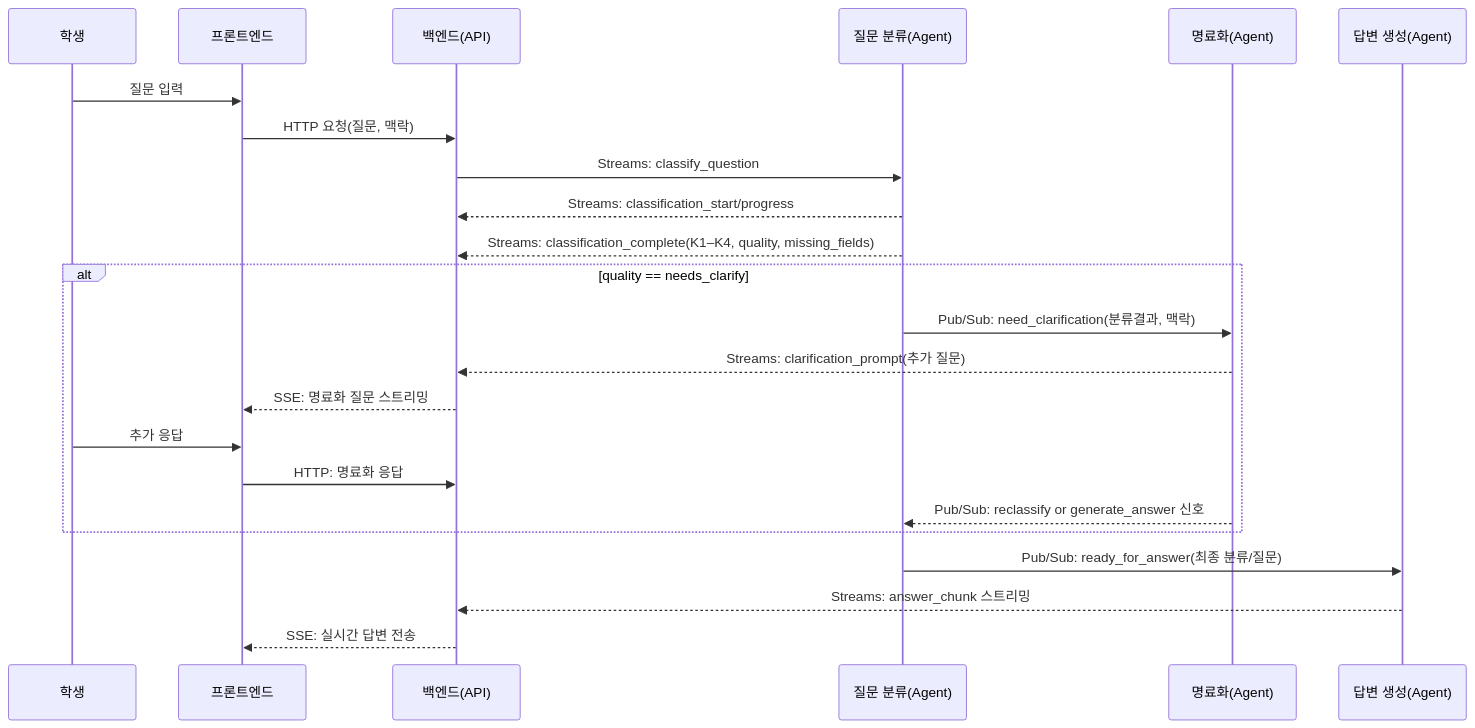
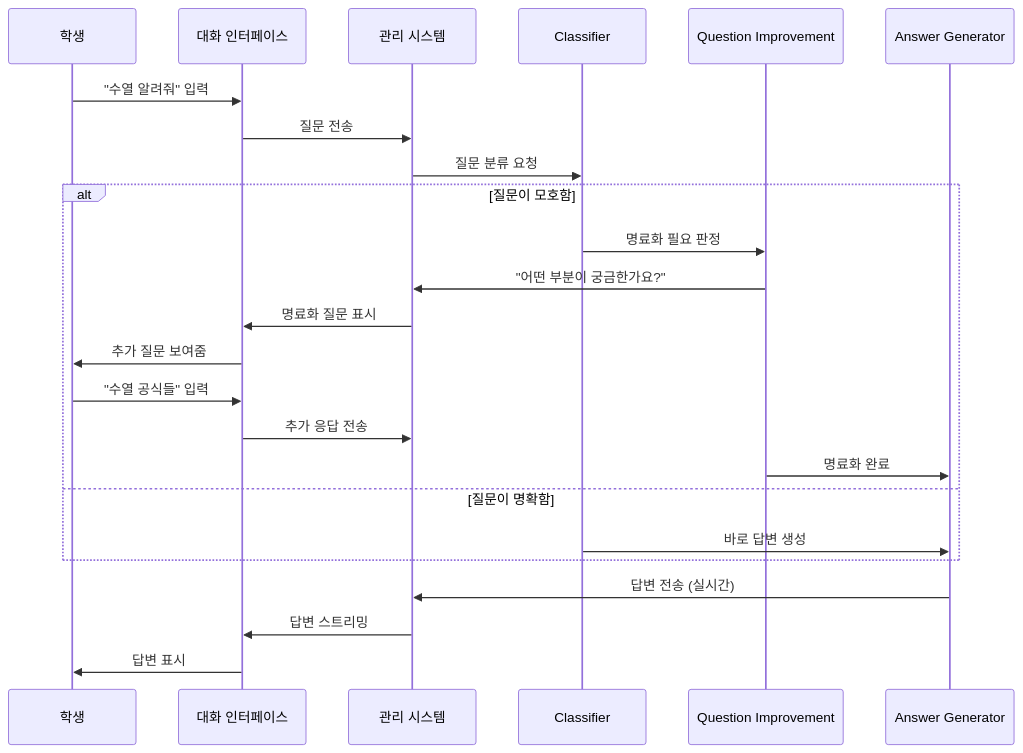
One commit to KimKyuBong/maice-paper-deploy changed the third of 7 diagrams in docs/chapters/03-system-design.md. Above: the diagram before and after it, drawn with Mermaid. The commit also changed other lines of this file, not shown here.

First line of the commit message:
docs: 3장 시스템 설계 몰입형 구조로 재구성

````diff
--- a/docs/chapters/03-system-design.md
+++ b/docs/chapters/03-system-design.md
@@ -123,26 +153,29 @@
 ```mermaid
 sequenceDiagram
-  participant U as 학생
-  participant FE as 프론트엔드
-  participant BE as 백엔드(API)
-  participant QS as 질문 분류(Agent)
-  participant QI as 명료화(Agent)
-  participant AN as 답변 생성(Agent)
-
-  U->>FE: 질문 입력
-  FE->>BE: HTTP 요청(질문, 맥락)
-  BE->>QS: Streams: classify_question
-  QS-->>BE: Streams: classification_start/progress
-  QS-->>BE: Streams: classification_complete(K1–K4, quality, missing_fields)
-  alt quality == needs_clarify
-    QS->>QI: Pub/Sub: need_clarification(분류결과, 맥락)
-    QI-->>BE: Streams: clarification_prompt(추가 질문)
-    BE-->>FE: SSE: 명료화 질문 스트리밍
-    U->>FE: 추가 응답
-    FE->>BE: HTTP: 명료화 응답
-    QI-->>QS: Pub/Sub: reclassify or generate_answer 신호
-  end
-  QS->>AN: Pub/Sub: ready_for_answer(최종 분류/질문)
-  AN-->>BE: Streams: answer_chunk 스트리밍
-  BE-->>FE: SSE: 실시간 답변 전송
+    participant 학생
+    participant 대화화면 as 대화 인터페이스
+    participant 관리 as 관리 시스템
+    participant 분류 as Classifier
+    participant 명료화 as Question Improvement
+    participant 답변 as Answer Generator
+    
+    학생->>대화화면: "수열 알려줘" 입력
+    대화화면->>관리: 질문 전송
+    관리->>분류: 질문 분류 요청
+    
+    alt 질문이 모호함
+        분류->>명료화: 명료화 필요 판정
+        명료화->>관리: "어떤 부분이 궁금한가요?"
+        관리->>대화화면: 명료화 질문 표시
+        대화화면->>학생: 추가 질문 보여줌
+        학생->>대화화면: "수열 공식들" 입력
+        대화화면->>관리: 추가 응답 전송
+        명료화->>답변: 명료화 완료
+    else 질문이 명확함
+        분류->>답변: 바로 답변 생성
+    end
+    
+    답변->>관리: 답변 전송 (실시간)
+    관리->>대화화면: 답변 스트리밍
+    대화화면->>학생: 답변 표시
 ```
````
